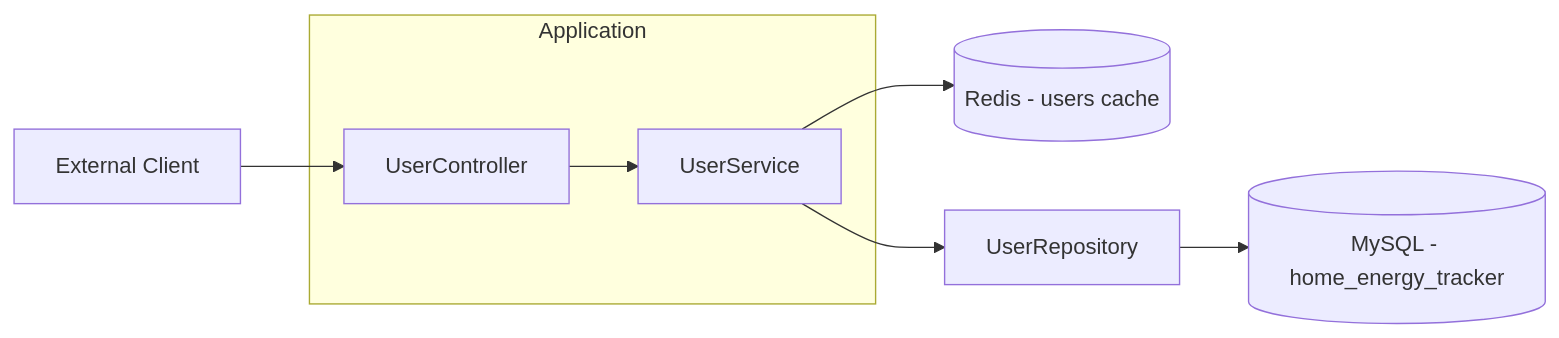
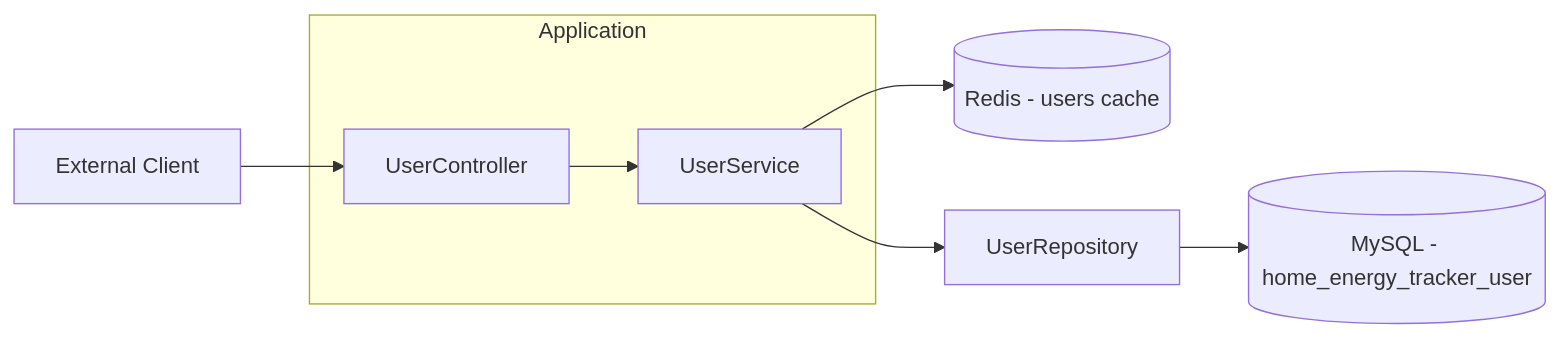
The first of 3 diagrams in user-service/README.md (PagarciaSima/ENERGY_TRACKER_MICROSERVICES), drawn with Mermaid before and after one commit. The commit also changed other lines of this file and 9 other files, not shown here.

````diff
--- a/user-service/README.md
+++ b/user-service/README.md
@@ -32,12 +32,12 @@
 ```mermaid
 flowchart LR
     Client[External Client] --> Controller[UserController]
 
     subgraph Application
         Controller --> Service[UserService]
     end
 
     Service --> Cache[(Redis - users cache)]
     Service --> Repository[UserRepository]
-    Repository --> DB[(MySQL - home_energy_tracker)]
+    Repository --> DB[(MySQL - home_energy_tracker_user)]
 ```
````
